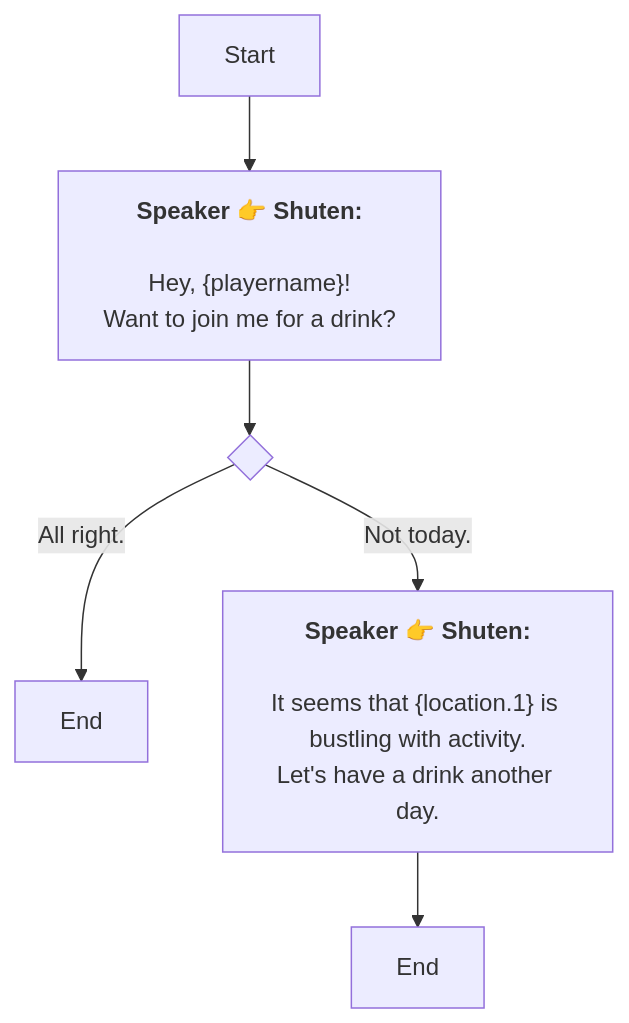
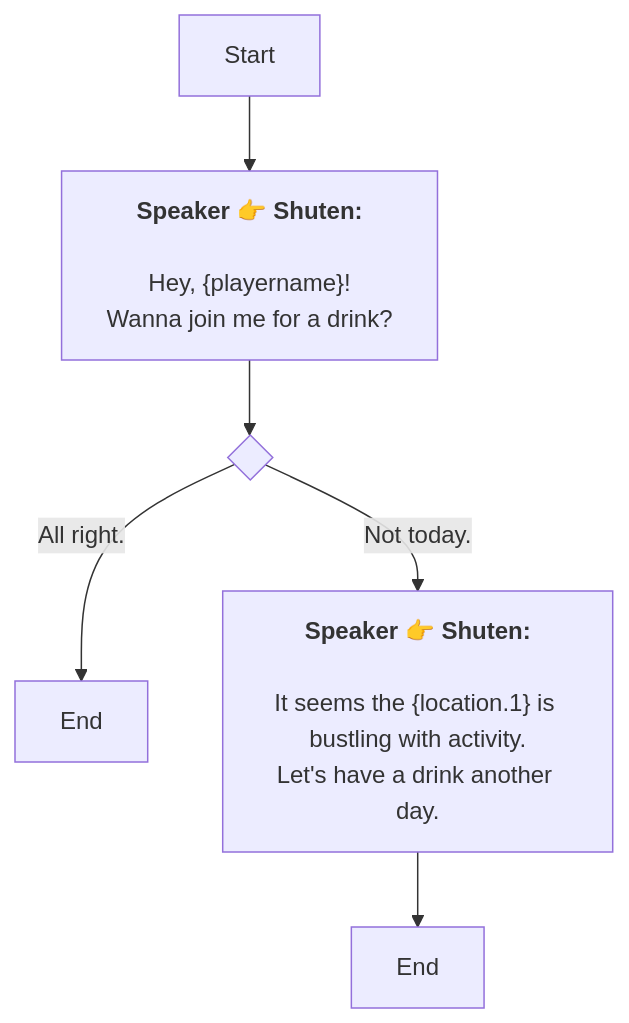
Before and after one commit to SoftHu/tos_avg: the diagram in En/QuestStartTalkENode_1754569494313621.md, drawn with Mermaid. The commit also changed 297 other files, not shown here.

````diff
--- a/En/QuestStartTalkENode_1754569494313621.md
+++ b/En/QuestStartTalkENode_1754569494313621.md
@@ -1,15 +1,15 @@
 ```mermaid
 graph
 Start -->1754569657361049[<b>Speaker 👉 Shuten:</b>
 
 Hey, &lbrace;playername&rbrace;!
-Want to join me for a drink?]
+Wanna join me for a drink?]
 1754569657361049 -->1754569685457562{ }
 1754569685457562 -->|All right.|1754569704283809[End]
 1754569685457562 -->|Not today.|1754569700041376[<b>Speaker 👉 Shuten:</b>
 
-It seems that &lbrace;location.1&rbrace; is bustling with activity.
+It seems the &lbrace;location.1&rbrace; is bustling with activity.
 Let's have a drink another day.]
 1754569700041376 -->1754569717223074[End]
 
  ```
````
